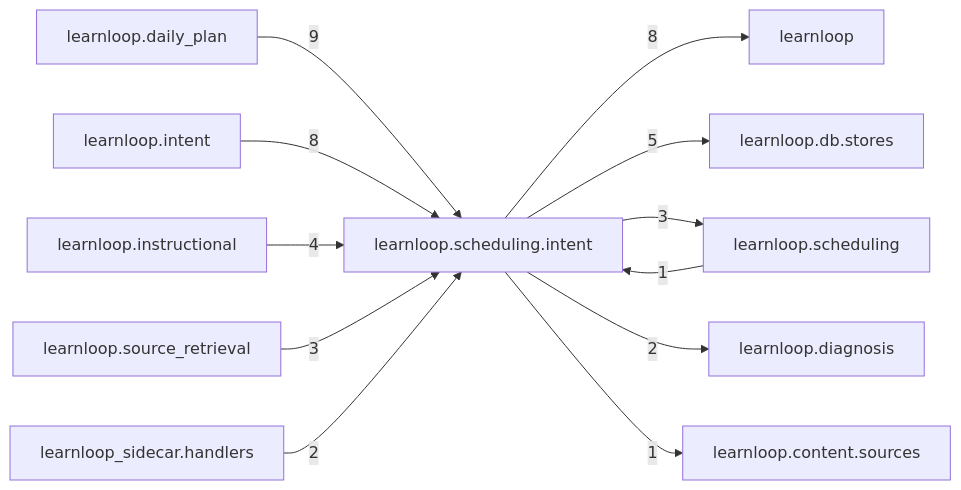
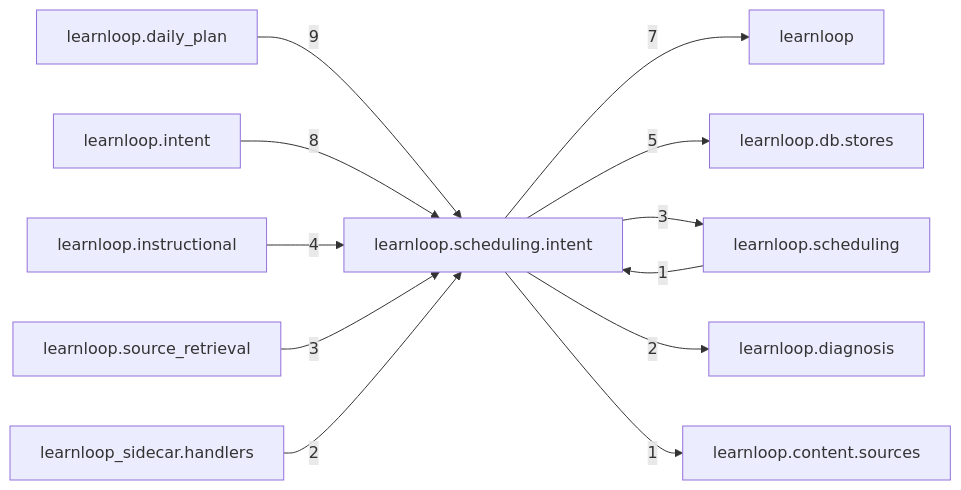
The diagram in docs/learnloop-architecture-vault/Reference/Modules/learnloop/scheduling/intent/_package.md (6up-b/learnanything), drawn with Mermaid before and after one commit. The commit also changed other lines of this file and 88 other files, not shown here.

````diff
--- a/docs/learnloop-architecture-vault/Reference/Modules/learnloop/scheduling/intent/_package.md
+++ b/docs/learnloop-architecture-vault/Reference/Modules/learnloop/scheduling/intent/_package.md
@@ -84,25 +84,25 @@
 ```mermaid
 flowchart LR
     center["learnloop.scheduling.intent"]
     n_learnloop_daily_plan["learnloop.daily_plan"]
+    n_learnloop_intent["learnloop.intent"]
     n_learnloop["learnloop"]
-    n_learnloop_intent["learnloop.intent"]
     n_learnloop_db_stores["learnloop.db.stores"]
     n_learnloop_instructional["learnloop.instructional"]
     n_learnloop_scheduling["learnloop.scheduling"]
     n_learnloop_source_retrieval["learnloop.source_retrieval"]
     n_learnloop_diagnosis["learnloop.diagnosis"]
     n_learnloop_sidecar_handlers["learnloop_sidecar.handlers"]
     n_learnloop_content_sources["learnloop.content.sources"]
     n_learnloop_daily_plan -->|9| center
-    center -->|8| n_learnloop
     n_learnloop_intent -->|8| center
+    center -->|7| n_learnloop
     center -->|5| n_learnloop_db_stores
     n_learnloop_instructional -->|4| center
     n_learnloop_scheduling -->|1| center
     center -->|3| n_learnloop_scheduling
     n_learnloop_source_retrieval -->|3| center
     center -->|2| n_learnloop_diagnosis
     n_learnloop_sidecar_handlers -->|2| center
     center -->|1| n_learnloop_content_sources
 ```
````
